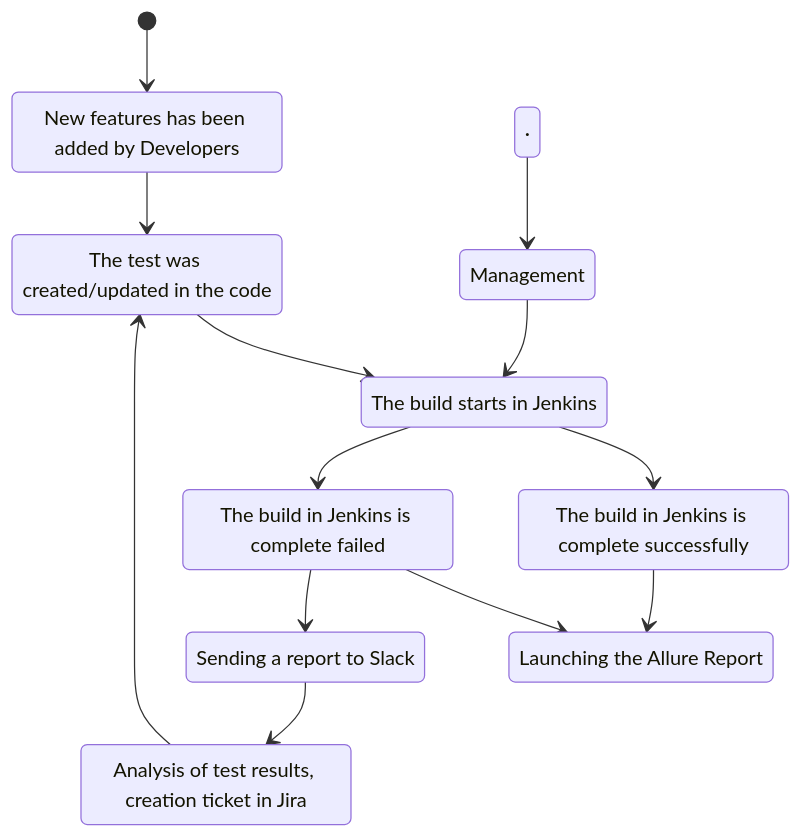
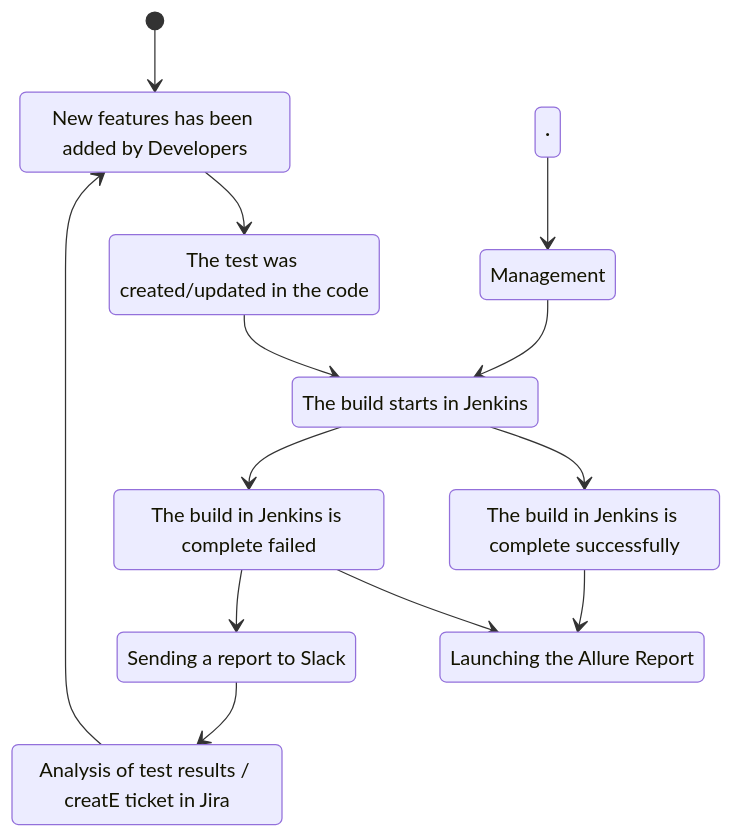
Before and after one commit to berezovskievgenisergeevich/oui-webapp: the first of 2 diagrams in README.md, drawn with Mermaid.

````diff
--- a/README.md
+++ b/README.md
@@ -19,24 +19,24 @@
 ```mermaid
 stateDiagram-v2
 state "New features has been added by Developers" as A_0
 state "The test was created/updated in the code" as A
 state "The build starts in Jenkins" as B
 state "The build in Jenkins is complete successfully" as C
 state "The build in Jenkins is complete failed" as C_1
 state "Launching the Allure Report" as D
 state "Sending a report to Slack" as D_1
-state "Analysis of test results, creation ticket in Jira" as E
+state "Analysis of test results / creatE ticket in Jira" as E
 state "Management" as M
 [*] --> A_0
 · --> M
 A_0 --> A
 A --> B
 M --> B
 B --> C
 B --> C_1
 C --> D
 C_1 --> D
 C_1 --> D_1
 D_1 --> E
-E --> A
+E --> A_0
 ```
````
